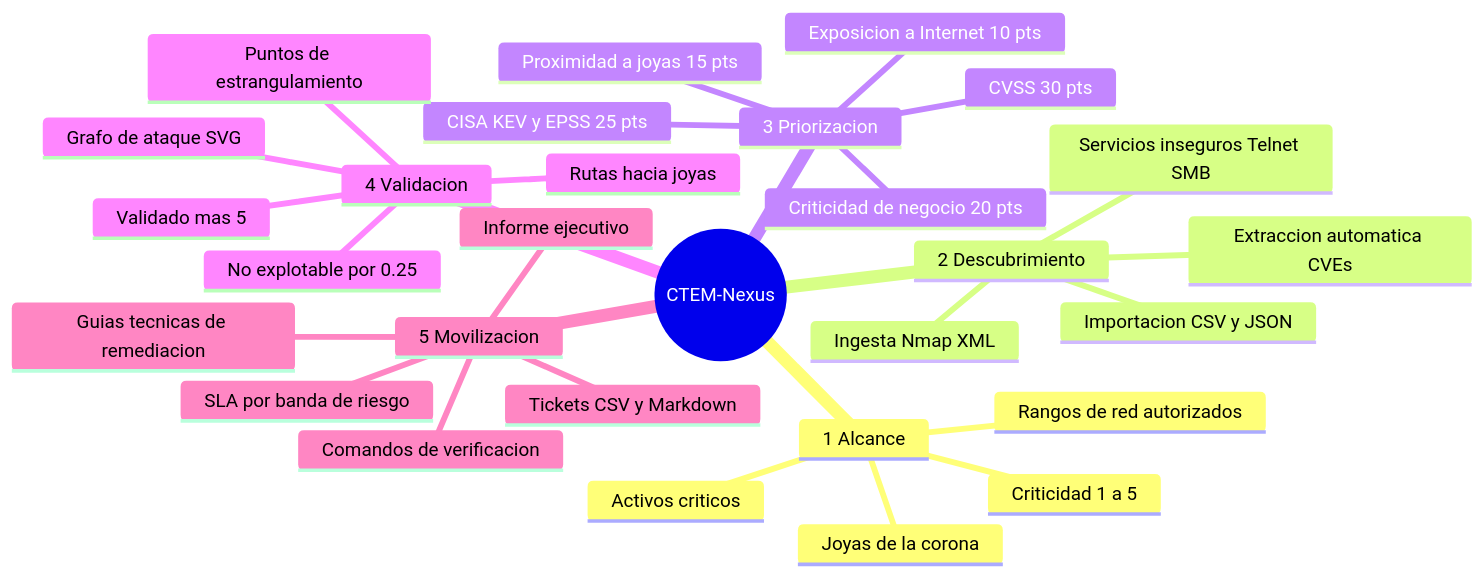
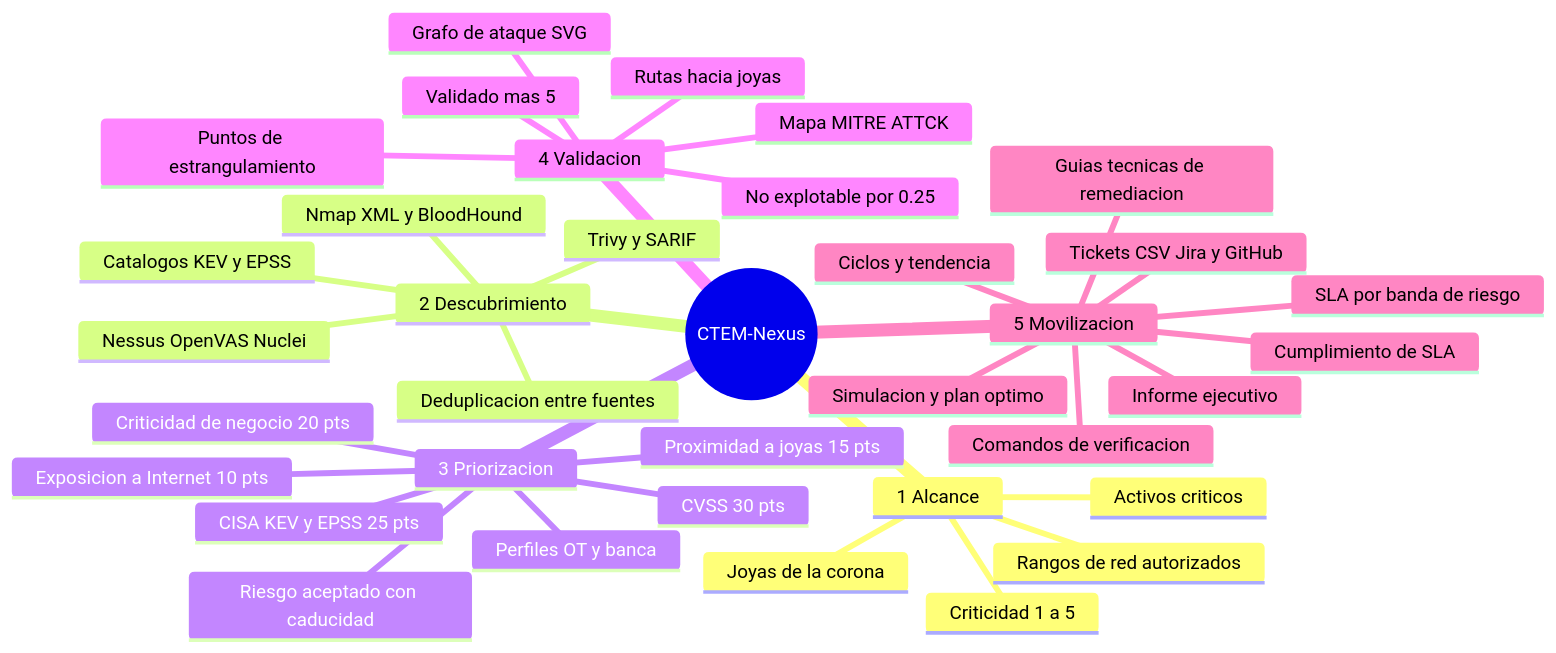
One commit to heindall92/ctem-nexus changed the first of 2 diagrams in README.md. Above: the diagram before and after it, drawn with Mermaid. The commit also changed other lines of this file and 47 other files, not shown here.

````diff
--- a/README.md
+++ b/README.md
@@ -145,32 +147,39 @@
 ```mermaid
 mindmap
   root((CTEM-Nexus))
     1 Alcance
       Activos criticos
       Criticidad 1 a 5
       Joyas de la corona
       Rangos de red autorizados
     2 Descubrimiento
-      Ingesta Nmap XML
-      Importacion CSV y JSON
-      Extraccion automatica CVEs
-      Servicios inseguros Telnet SMB
+      Nessus OpenVAS Nuclei
+      Trivy y SARIF
+      Nmap XML y BloodHound
+      Catalogos KEV y EPSS
+      Deduplicacion entre fuentes
     3 Priorizacion
       CVSS 30 pts
       CISA KEV y EPSS 25 pts
       Criticidad de negocio 20 pts
       Exposicion a Internet 10 pts
       Proximidad a joyas 15 pts
+      Perfiles OT y banca
+      Riesgo aceptado con caducidad
     4 Validacion
       Grafo de ataque SVG
       Rutas hacia joyas
       Puntos de estrangulamiento
       Validado mas 5
       No explotable por 0.25
+      Mapa MITRE ATTCK
     5 Movilizacion
+      Simulacion y plan optimo
+      Cumplimiento de SLA
+      Ciclos y tendencia
       Informe ejecutivo
       Guias tecnicas de remediacion
       Comandos de verificacion
-      Tickets CSV y Markdown
+      Tickets CSV Jira y GitHub
       SLA por banda de riesgo
 ```
````
